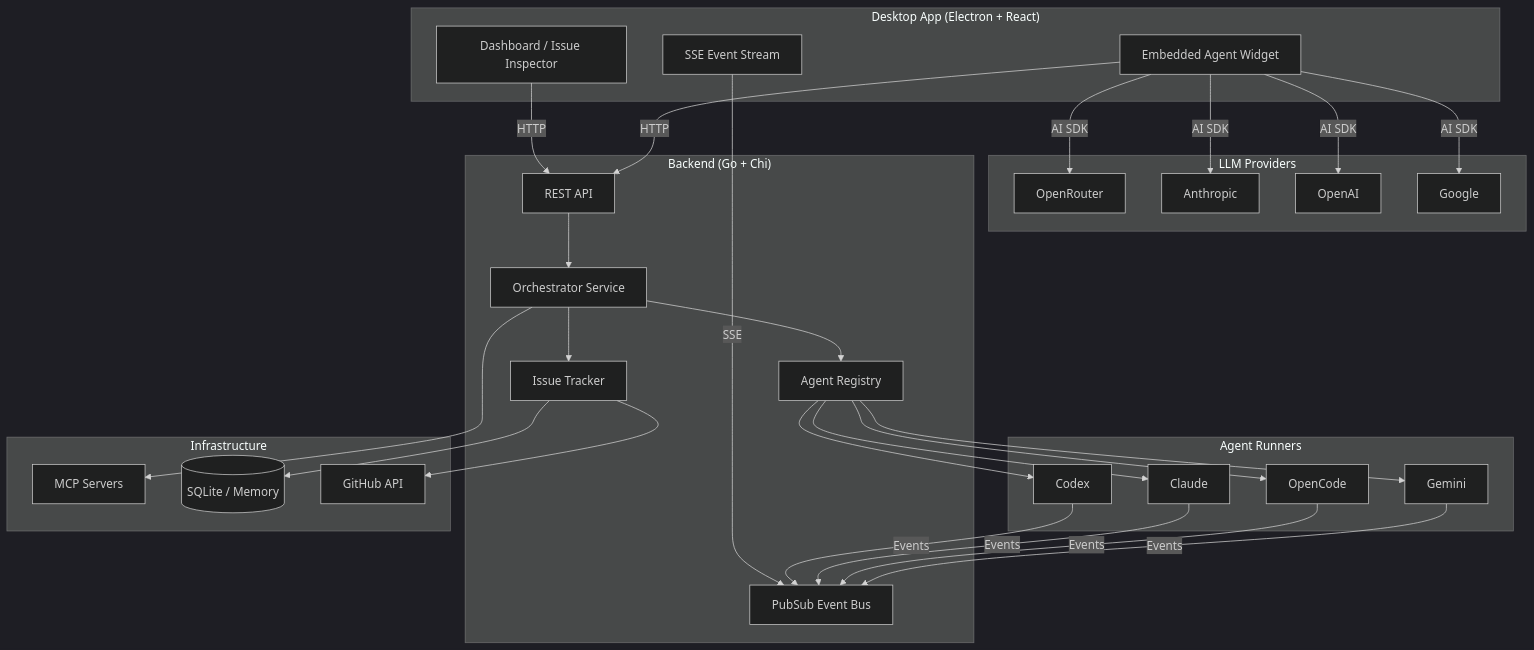
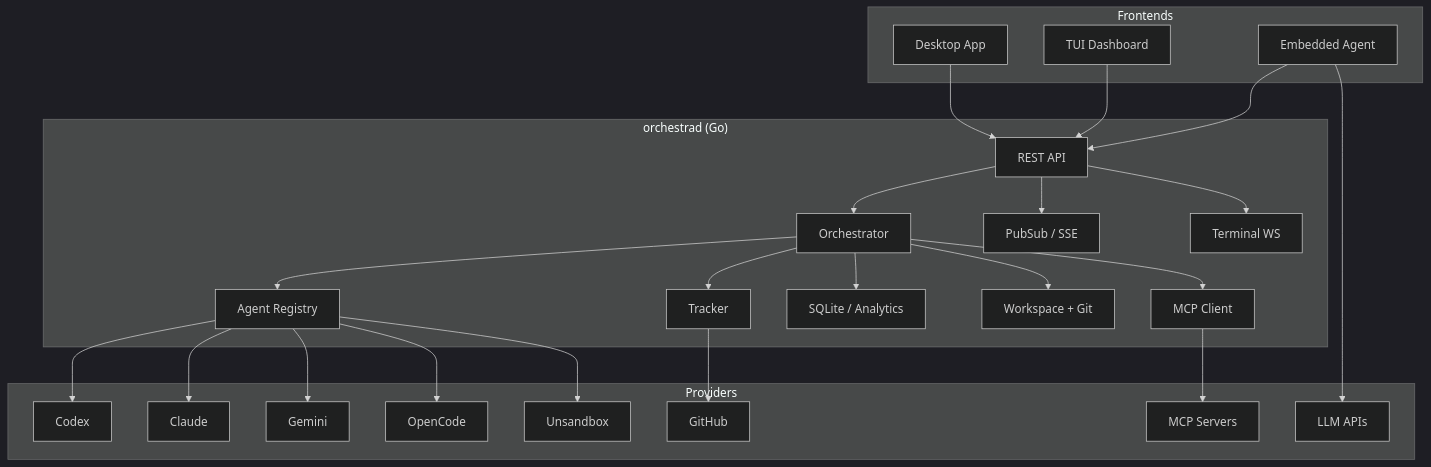
Before and after one commit to bradAGI/Orchestra: the diagram in README.md, drawn with Mermaid (dark theme). The commit also changed other lines of this file, not shown here.

````diff
--- a/README.md
+++ b/README.md
@@ -7,49 +24,51 @@
 ```mermaid
 graph TB
-    subgraph Desktop["Desktop App (Electron + React)"]
-        UI[Dashboard / Issue Inspector]
-        SSE[SSE Event Stream]
-        EA[Embedded Agent Widget]
+    subgraph Frontends
+        DESKTOP["Desktop App"]
+        TUI["TUI Dashboard"]
+        AGENT["Embedded Agent"]
     end
 
-    subgraph LLM["LLM Providers"]
-        OR[OpenRouter]
-        AN[Anthropic]
-        OA[OpenAI]
-        GO[Google]
+    subgraph Backend["orchestrad (Go)"]
+        API["REST API"]
+        ORCH["Orchestrator"]
+        PUB["PubSub / SSE"]
+        REG["Agent Registry"]
+        TRACKER["Tracker"]
+        DB["SQLite / Analytics"]
+        WS["Workspace + Git"]
+        TERM["Terminal WS"]
+        MCP["MCP Client"]
     end
 
-    subgraph Backend["Backend (Go + Chi)"]
-        API[REST API]
-        ORC[Orchestrator Service]
-        PUB[PubSub Event Bus]
-        TRK[Issue Tracker]
-        REG[Agent Registry]
+    subgraph Providers
+        CODEX["Codex"]
+        CLAUDE["Claude"]
+        GEMINI["Gemini"]
+        OPENCODE["OpenCode"]
+        UNSANDBOX["Unsandbox"]
+        GH["GitHub"]
+        LLM["LLM APIs"]
+        MCP_SRV["MCP Servers"]
     end
 
-    subgraph Agents["Agent Runners"]
-        CX[Codex]
-        CL[Claude]
-        OC[OpenCode]
-        GM[Gemini]
-    end
-
-    subgraph Infra["Infrastructure"]
-        MCP[MCP Servers]
-        DB[(SQLite / Memory)]
-        GH[GitHub API]
-    end
-
-    UI -->|HTTP| API
-    SSE -->|SSE| PUB
-    EA -->|HTTP| API
-    EA -->|AI SDK| OR & AN & OA & GO
-    API --> ORC
-    ORC --> REG
-    REG --> CX & CL & OC & GM
-    ORC --> TRK
-    TRK --> DB
-    TRK --> GH
-    CX & CL & OC & GM -->|Events| PUB
-    ORC --> MCP
+    DESKTOP --> API
+    TUI --> API
+    AGENT --> API
+    API --> ORCH
+    API --> PUB
+    API --> TERM
+    ORCH --> REG
+    ORCH --> TRACKER
+    ORCH --> DB
+    ORCH --> WS
+    REG --> CODEX
+    REG --> CLAUDE
+    REG --> GEMINI
+    REG --> OPENCODE
+    REG --> UNSANDBOX
+    TRACKER --> GH
+    AGENT --> LLM
+    ORCH --> MCP
+    MCP --> MCP_SRV
 ```
````
